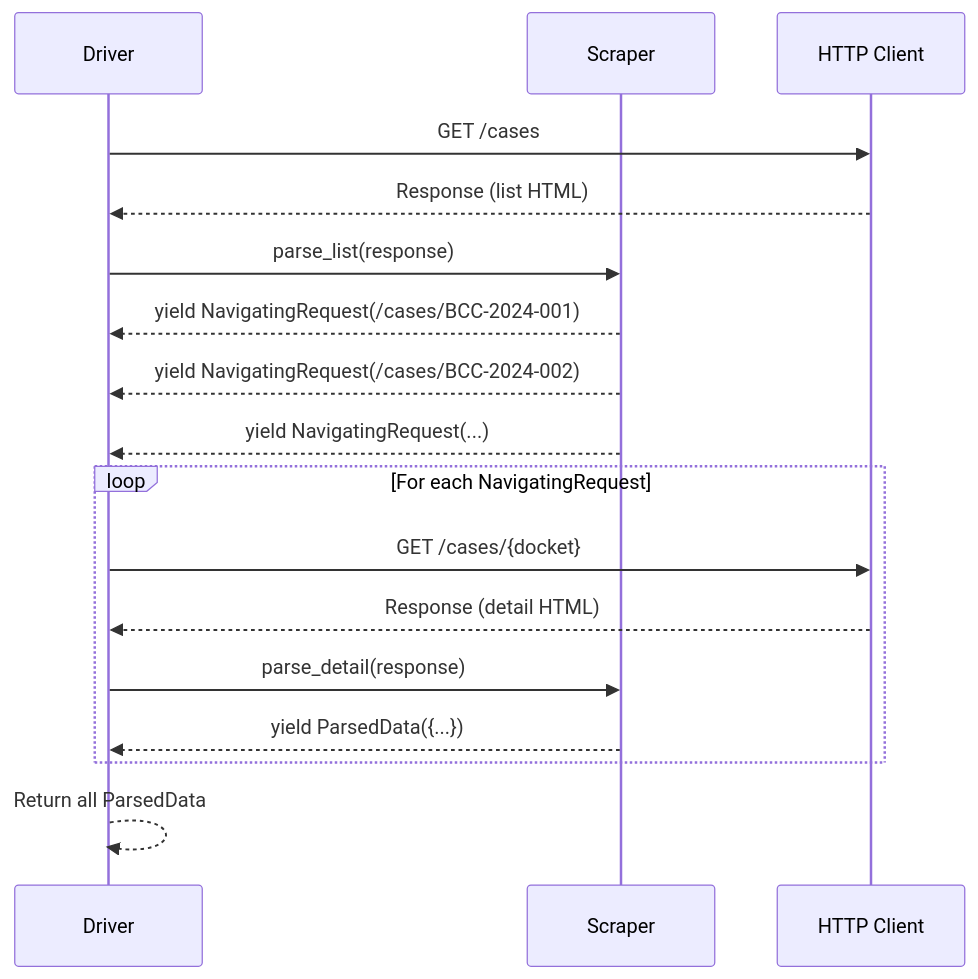
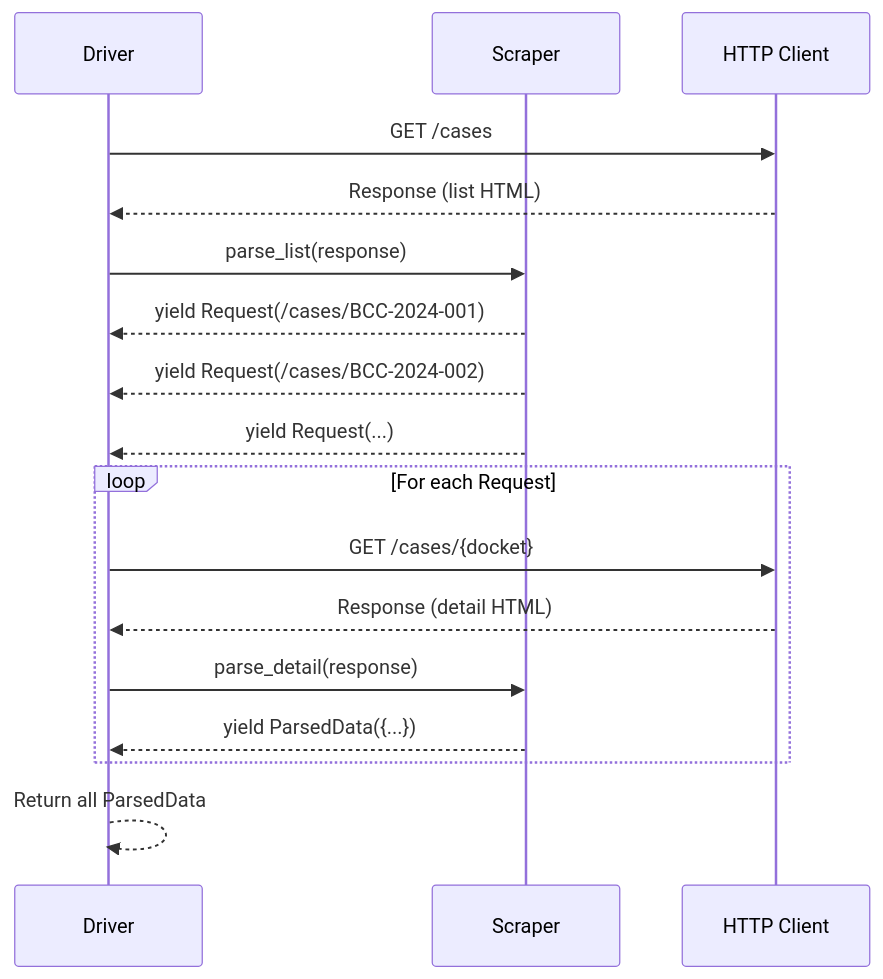
The diagram in docs/source/scraper_driver/design/02_navigating_request.rst (Brennan-Chesley-FLP/kent), drawn with Mermaid before and after one commit. The commit also changed other lines of this file and 70 other files, not shown here.

```diff
--- a/docs/source/scraper_driver/design/02_navigating_request.rst
+++ b/docs/source/scraper_driver/design/02_navigating_request.rst
@@ -138,22 +141,22 @@
 .. mermaid::
 
     sequenceDiagram
         participant D as Driver
         participant S as Scraper
         participant H as HTTP Client
 
         D->>H: GET /cases
         H-->>D: Response (list HTML)
         D->>S: parse_list(response)
-        S-->>D: yield NavigatingRequest(/cases/BCC-2024-001)
-        S-->>D: yield NavigatingRequest(/cases/BCC-2024-002)
-        S-->>D: yield NavigatingRequest(...)
+        S-->>D: yield Request(/cases/BCC-2024-001)
+        S-->>D: yield Request(/cases/BCC-2024-002)
+        S-->>D: yield Request(...)
 
-        loop For each NavigatingRequest
+        loop For each Request
             D->>H: GET /cases/{docket}
             H-->>D: Response (detail HTML)
             D->>S: parse_detail(response)
             S-->>D: yield ParsedData({...})
         end
 
         D-->>D: Return all ParsedData
```
